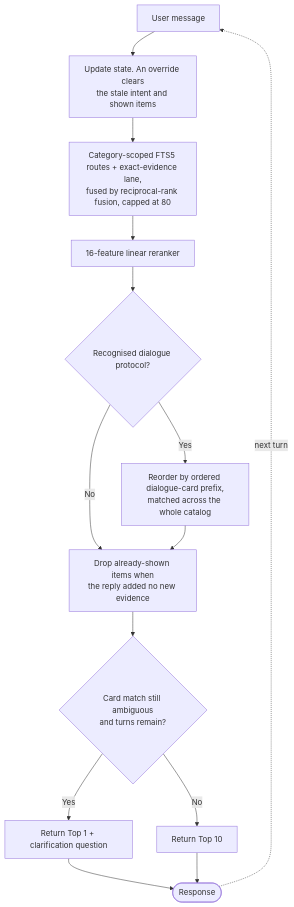
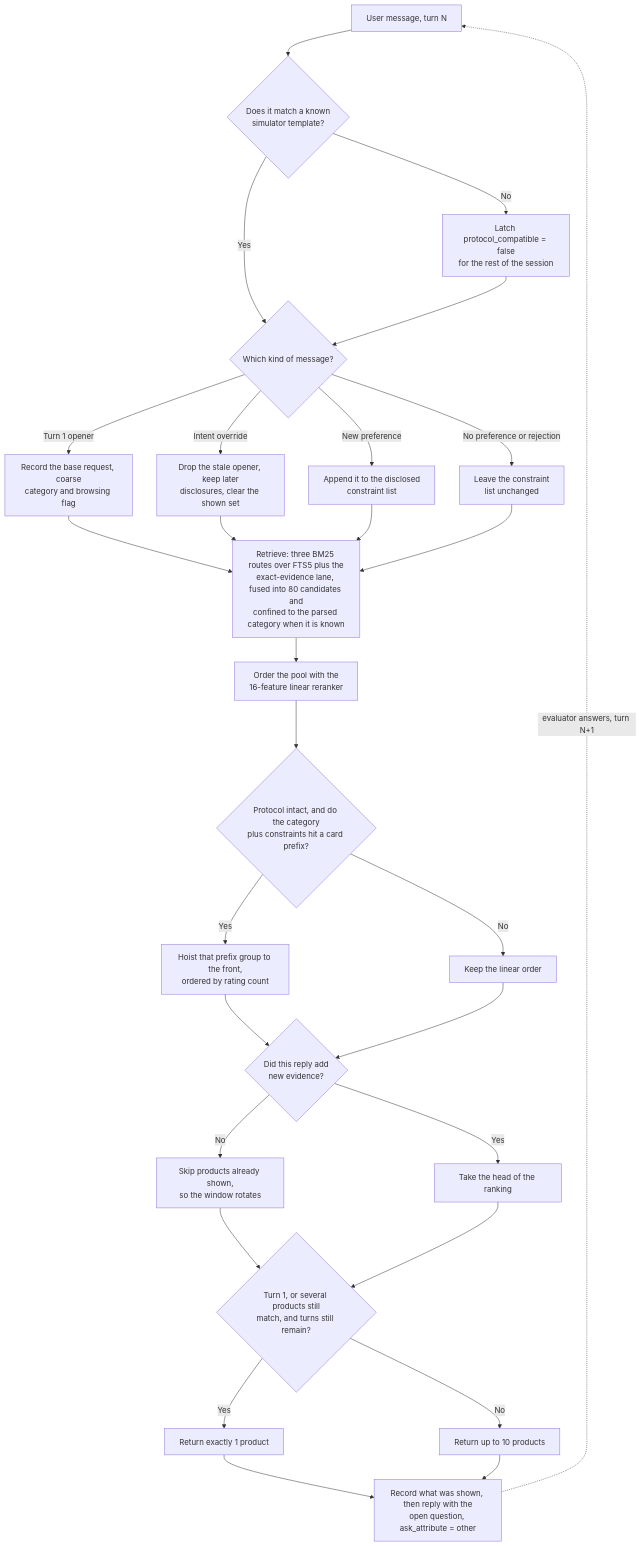
The diagram in README.md (ArjoDas/fable7-techjam26), drawn with Mermaid before and after one commit.

Commit message:
Rewrite the README agent-flow diagram from the implementation
The previous diagram was drawn from the prose summary and misstated the flow.
Redraw it from respond(): the four-way message classification, the protocol
latch, the retrieval and card stages, and the rotation and abstention clamps
that decide how many products are returned.

````diff
--- a/README.md
+++ b/README.md
@@ -54,16 +54,37 @@
 ```mermaid
 flowchart TD
-    msg[User message] --> state[Update state. An override clears<br/>the stale intent and shown items]
-    state --> retrieve[Category-scoped FTS5 routes + exact-evidence lane,<br/>fused by reciprocal-rank fusion, capped at 80]
-    retrieve --> linear[16-feature linear reranker]
-    linear --> guard{Recognised dialogue protocol?}
-    guard -- No --> rotate
-    guard -- Yes --> cards[Reorder by ordered dialogue-card prefix,<br/>matched across the whole catalog]
-    cards --> rotate[Drop already-shown items when<br/>the reply added no new evidence]
-    rotate --> ambiguous{Card match still ambiguous<br/>and turns remain?}
-    ambiguous -- Yes --> top1[Return Top 1 + clarification question]
-    ambiguous -- No --> topk[Return Top 10]
-    top1 --> reply([Response])
-    topk --> reply
-    reply -. next turn .-> msg
+    msg["User message, turn N"] --> compat{"Does it match a known<br/>simulator template?"}
+    compat -- "No" --> latch["Latch protocol_compatible = false<br/>for the rest of the session"]
+    compat -- "Yes" --> kind
+    latch --> kind{"Which kind of message?"}
+
+    kind -- "Turn 1 opener" --> open["Record the base request, coarse<br/>category and browsing flag"]
+    kind -- "Intent override" --> ovr["Drop the stale opener, keep later<br/>disclosures, clear the shown set"]
+    kind -- "New preference" --> add["Append it to the disclosed<br/>constraint list"]
+    kind -- "No preference or rejection" --> same["Leave the constraint<br/>list unchanged"]
+
+    open --> pool
+    ovr --> pool
+    add --> pool
+    same --> pool
+
+    pool["Retrieve: three BM25 routes over FTS5 plus the<br/>exact-evidence lane, fused into 80 candidates and<br/>confined to the parsed category when it is known"] --> linear["Order the pool with the<br/>16-feature linear reranker"]
+
+    linear --> card{"Protocol intact, and do the category<br/>plus constraints hit a card prefix?"}
+    card -- "Yes" --> hoist["Hoist that prefix group to the front,<br/>ordered by rating count"]
+    card -- "No" --> keep["Keep the linear order"]
+
+    hoist --> rot{"Did this reply add<br/>new evidence?"}
+    keep --> rot
+    rot -- "No" --> unseen["Skip products already shown,<br/>so the window rotates"]
+    rot -- "Yes" --> top["Take the head of the ranking"]
+
+    unseen --> narrow
+    top --> narrow{"Turn 1, or several products still<br/>match, and turns still remain?"}
+    narrow -- "Yes" --> one["Return exactly 1 product"]
+    narrow -- "No" --> ten["Return up to 10 products"]
+
+    one --> out["Record what was shown, then reply with the<br/>open question, ask_attribute = other"]
+    ten --> out
+    out -. "evaluator answers, turn N+1" .-> msg
 ```
````
